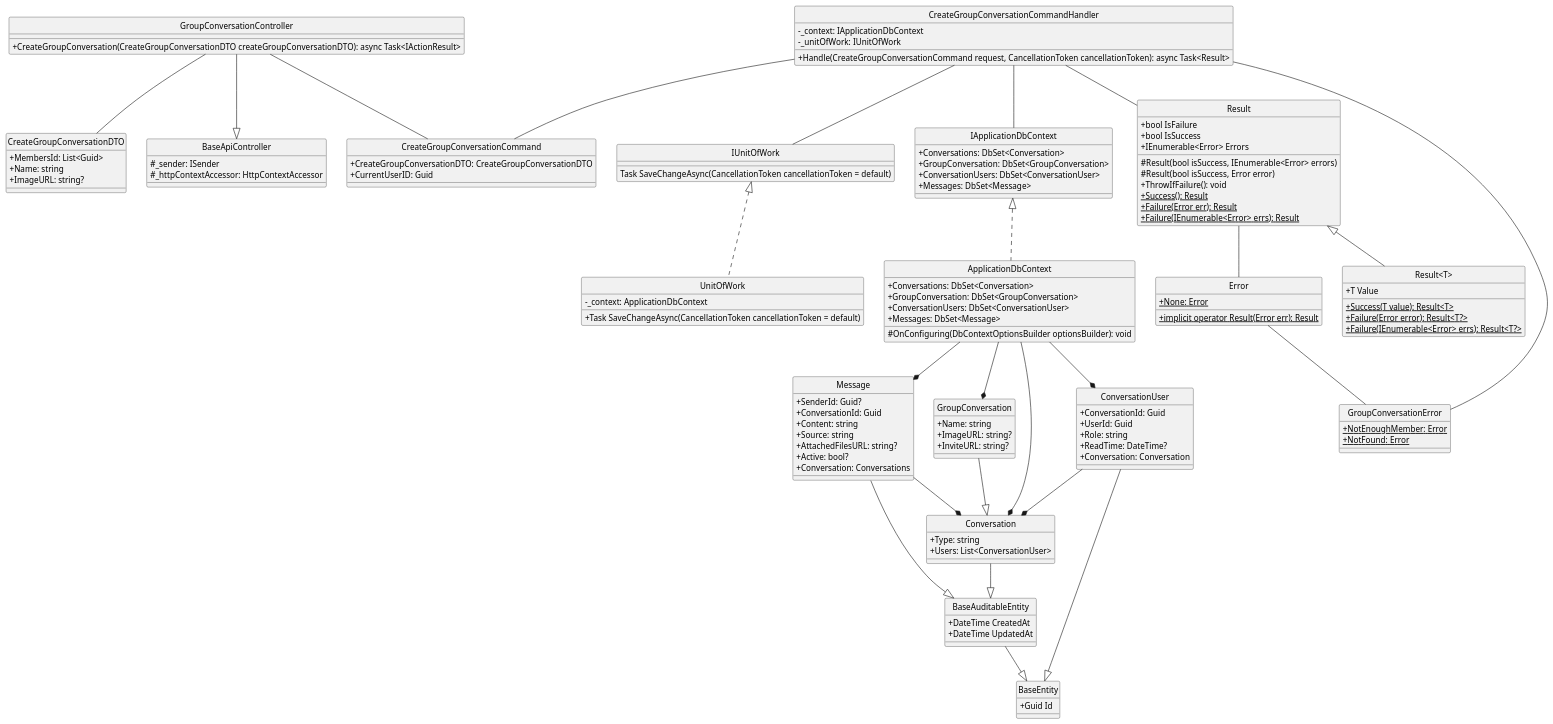
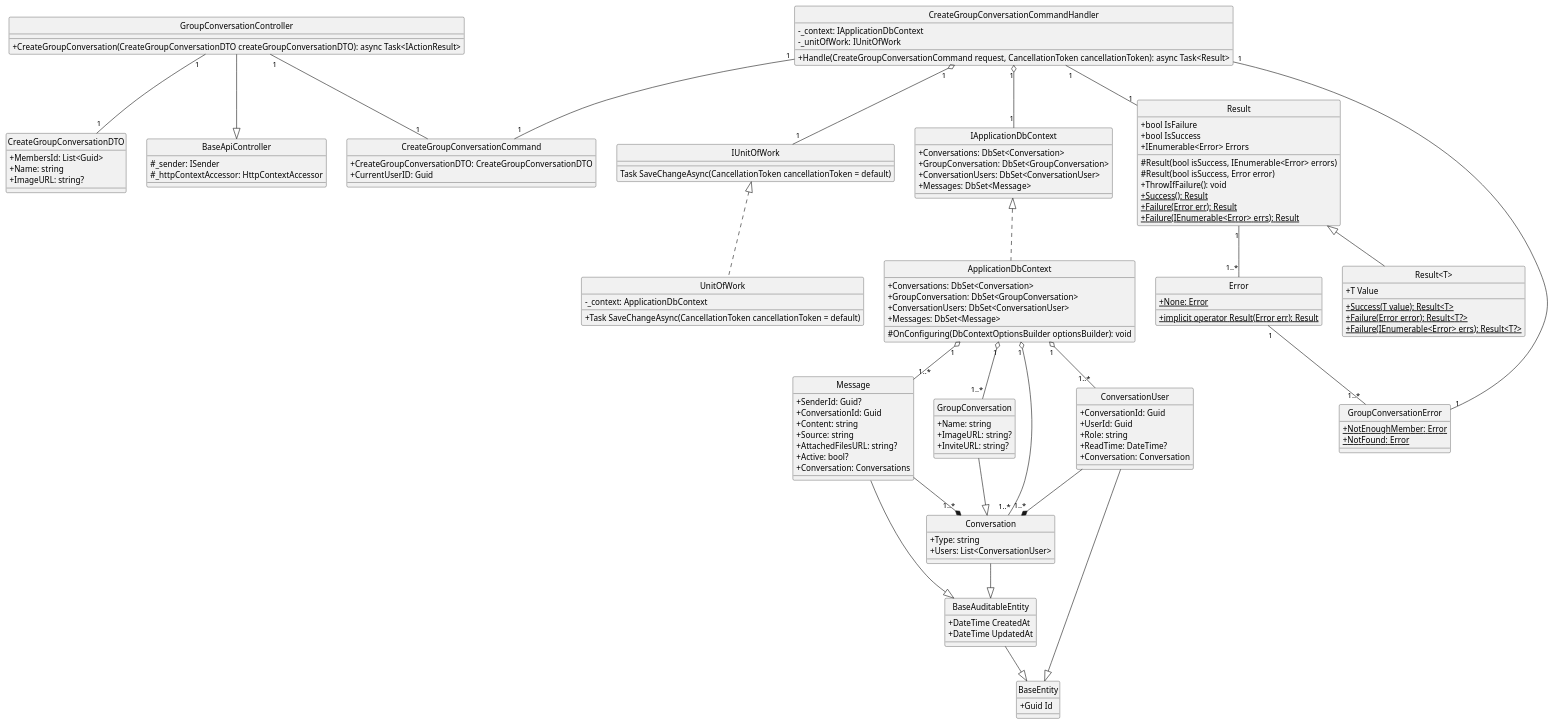
Before and after one commit to Carl-Johnsons/Chat-Application: the diagram in docs/Class Diagram/Conversation/CreateGroupConversation/ClassDiagram.plantuml, drawn with PlantUML. The commit also changed 5 other files, not shown here.

```diff
--- a/docs/Class Diagram/Conversation/CreateGroupConversation/ClassDiagram.plantuml
+++ b/docs/Class Diagram/Conversation/CreateGroupConversation/ClassDiagram.plantuml
@@ -1,149 +1,149 @@
-@startuml createGroupConversation
+@startuml
 hide circle
 skinparam classAttributeIconSize 0
 
 class BaseApiController {
     #_sender: ISender
     #_httpContextAccessor: HttpContextAccessor
 }
 
 class GroupConversationController {
     +CreateGroupConversation(CreateGroupConversationDTO createGroupConversationDTO): async Task<IActionResult>
 }
 
 class CreateGroupConversationCommand {
     +CreateGroupConversationDTO: CreateGroupConversationDTO
     +CurrentUserID: Guid
 }
 
 class CreateGroupConversationCommandHandler {
     -_context: IApplicationDbContext
     -_unitOfWork: IUnitOfWork
     +Handle(CreateGroupConversationCommand request, CancellationToken cancellationToken): async Task<Result> 
 }
 
 class IApplicationDbContext {
     +Conversations: DbSet<Conversation>
     +GroupConversation: DbSet<GroupConversation>
     +ConversationUsers: DbSet<ConversationUser>
     +Messages: DbSet<Message>
 }
 
 class ApplicationDbContext {
     +Conversations: DbSet<Conversation>
     +GroupConversation: DbSet<GroupConversation>
     +ConversationUsers: DbSet<ConversationUser>
     +Messages: DbSet<Message>
     #OnConfiguring(DbContextOptionsBuilder optionsBuilder): void
 }
 
 class Result {
     +bool IsFailure
     +bool IsSuccess
     +IEnumerable<Error> Errors
     #Result(bool isSuccess, IEnumerable<Error> errors)
     #Result(bool isSuccess, Error error)
     +ThrowIfFailure(): void
     {static} +Success(): Result
     {static} +Failure(Error err): Result
     {static} +Failure(IEnumerable<Error> errs): Result
 }
 
 class "Result<T>" {
     +T Value
     {static} +Success(T value): Result<T>
     {static} +Failure(Error error): Result<T?>
     {static} +Failure(IEnumerable<Error> errs): Result<T?>
 }
 
 class Error {
     {static} +None: Error
     {static} +implicit operator Result(Error err): Result
 }
 
 class CreateGroupConversationDTO{
     +MembersId: List<Guid>
     +Name: string
     +ImageURL: string?
 }
 
 class IUnitOfWork {
     Task SaveChangeAsync(CancellationToken cancellationToken = default)
 }
 
 class UnitOfWork {
     -_context: ApplicationDbContext
     +Task SaveChangeAsync(CancellationToken cancellationToken = default)
 }
 
 class GroupConversationError {
     {static} +NotEnoughMember: Error
     {static} +NotFound: Error
 }
 
 class BaseEntity {
     +Guid Id
 }
 
 class BaseAuditableEntity{
     +DateTime CreatedAt
     +DateTime UpdatedAt
 }
 
 class Conversation {
     +Type: string
     +Users: List<ConversationUser>
 }
 
 class GroupConversation {
     +Name: string
     +ImageURL: string?
     +InviteURL: string?
 }
 
 class ConversationUser {
     +ConversationId: Guid
     +UserId: Guid
     +Role: string
     +ReadTime: DateTime?
     +Conversation: Conversation
 }
 
 class Message {
     +SenderId: Guid?
     +ConversationId: Guid
     +Content: string
     +Source: string
     +AttachedFilesURL: string?
     +Active: bool?
     +Conversation: Conversations
 }
 
 GroupConversationController --|> BaseApiController
-GroupConversationController -- CreateGroupConversationDTO
-GroupConversationController -- CreateGroupConversationCommand
-CreateGroupConversationCommandHandler -- CreateGroupConversationCommand
-CreateGroupConversationCommandHandler -- Result
-CreateGroupConversationCommandHandler -- IUnitOfWork
-CreateGroupConversationCommandHandler -- IApplicationDbContext
-CreateGroupConversationCommandHandler -- GroupConversationError
+GroupConversationController "1"--"1" CreateGroupConversationDTO
+GroupConversationController "1"--"1" CreateGroupConversationCommand
+CreateGroupConversationCommandHandler "1"--"1" CreateGroupConversationCommand
+CreateGroupConversationCommandHandler "1"--"1" Result
+CreateGroupConversationCommandHandler "1" o-- "1" IUnitOfWork
+CreateGroupConversationCommandHandler "1" o-- "1" IApplicationDbContext
+CreateGroupConversationCommandHandler "1"--"1" GroupConversationError
 
 IUnitOfWork <|.. UnitOfWork
 IApplicationDbContext <|.. ApplicationDbContext
 
-Result -- Error
+Result "1" --"1..*" Error
 Result <|-- "Result<T>"
-Error -- GroupConversationError
-ApplicationDbContext --* Conversation
-ApplicationDbContext --* GroupConversation
-ApplicationDbContext --* ConversationUser
-ApplicationDbContext --* Message
+Error "1" --"1..*" GroupConversationError
+ApplicationDbContext "1" o--"1..*" Conversation
+ApplicationDbContext "1" o--"1..*" GroupConversation
+ApplicationDbContext "1" o--"1..*" ConversationUser
+ApplicationDbContext "1" o--"1..*" Message
 
 Conversation --|> BaseAuditableEntity
 GroupConversation --|> Conversation
 ConversationUser --|> BaseEntity
-ConversationUser --* Conversation
+ConversationUser --*"1..*" Conversation
 Message --|> BaseAuditableEntity
-Message --* Conversation
+Message --*"1..*" Conversation
 BaseAuditableEntity --|> BaseEntity
 @enduml
```
